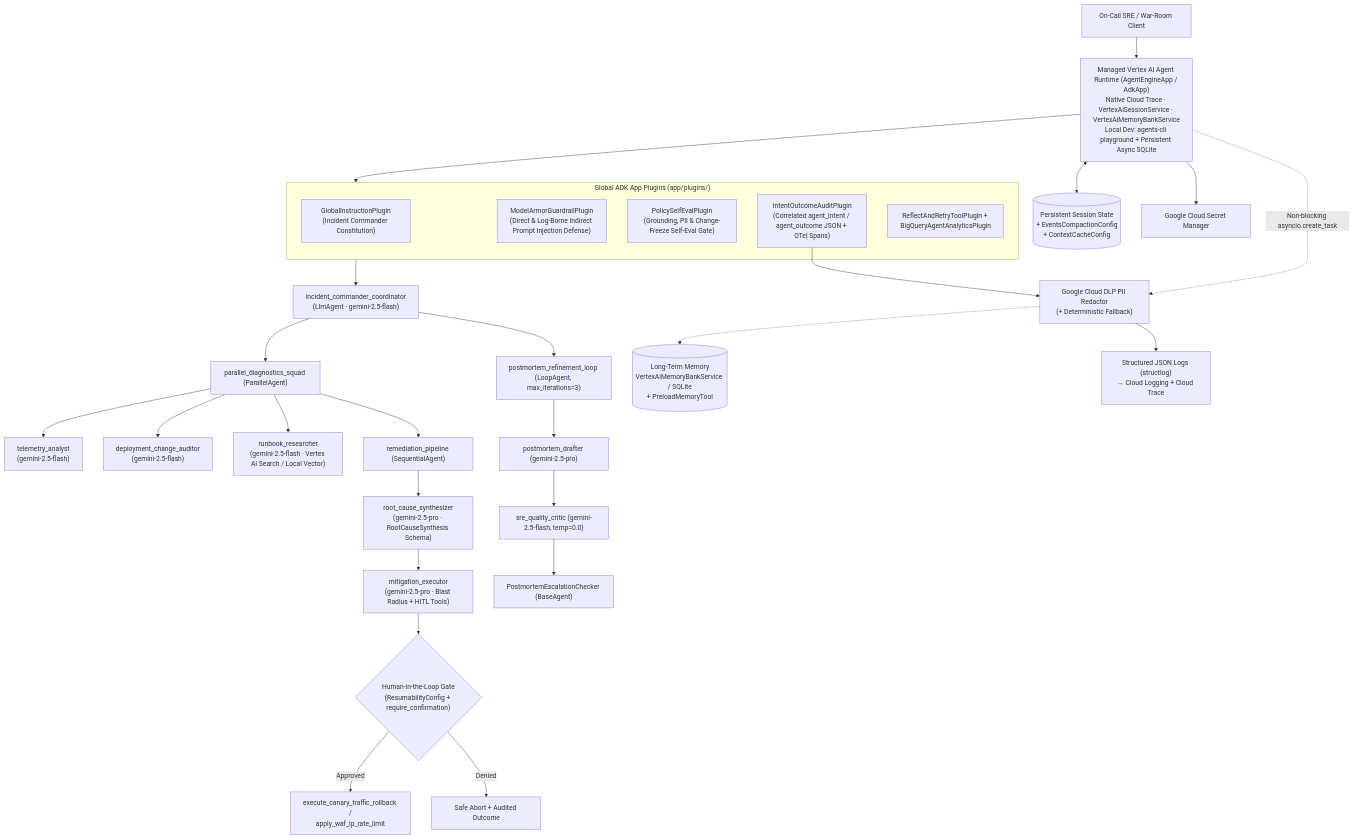
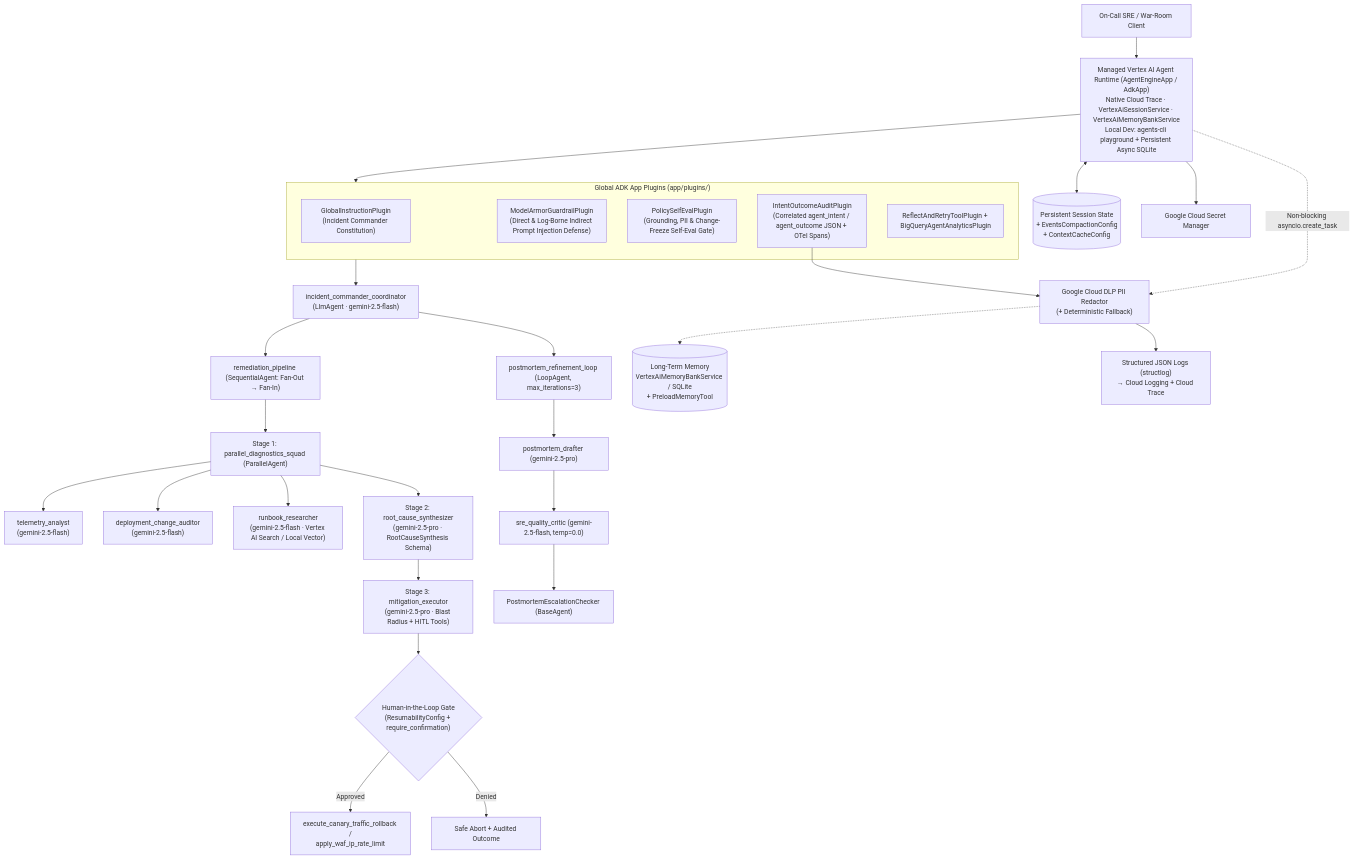
The diagram in README.md (sania-d/aegis-ops-agent), drawn with Mermaid before and after one commit. The commit also changed other lines of this file and 5 other files, not shown here.

Commit message:
Upgrade to fan-out/fan-in pipeline and FunctionTool wrappers from eval flywheel

````diff
--- a/README.md
+++ b/README.md
@@ -12,40 +12,40 @@
 ```mermaid
 flowchart TD
     User["On-Call SRE / War-Room Client"] --> Runtime["Managed Vertex AI Agent Runtime (AgentEngineApp / AdkApp)\nNative Cloud Trace · VertexAiSessionService · VertexAiMemoryBankService\nLocal Dev: agents-cli playground + Persistent Async SQLite"]
 
     subgraph GlobalPlugins["Global ADK App Plugins (app/plugins/)"]
         P1["GlobalInstructionPlugin\n(Incident Commander Constitution)"]
         P2["ModelArmorGuardrailPlugin\n(Direct & Log-Borne Indirect Prompt Injection Defense)"]
         P3["PolicySelfEvalPlugin\n(Grounding, PII & Change-Freeze Self-Eval Gate)"]
         P4["IntentOutcomeAuditPlugin\n(Correlated agent_intent / agent_outcome JSON + OTel Spans)"]
         P5["ReflectAndRetryToolPlugin + BigQueryAgentAnalyticsPlugin"]
     end
 
     Runtime --> GlobalPlugins
     GlobalPlugins --> Coord["incident_commander_coordinator\n(LlmAgent · gemini-2.5-flash)"]
 
-    Coord --> Par["parallel_diagnostics_squad (ParallelAgent)"]
+    Coord --> Seq["remediation_pipeline (SequentialAgent: Fan-Out → Fan-In)"]
+    Seq --> Par["Stage 1: parallel_diagnostics_squad (ParallelAgent)"]
     Par --> A1["telemetry_analyst\n(gemini-2.5-flash)"]
     Par --> A2["deployment_change_auditor\n(gemini-2.5-flash)"]
     Par --> A3["runbook_researcher\n(gemini-2.5-flash · Vertex AI Search / Local Vector)"]
 
-    Par --> Seq["remediation_pipeline (SequentialAgent)"]
-    Seq --> B1["root_cause_synthesizer\n(gemini-2.5-pro · RootCauseSynthesis Schema)"]
-    B1 --> B2["mitigation_executor\n(gemini-2.5-pro · Blast Radius + HITL Tools)"]
+    Par --> B1["Stage 2: root_cause_synthesizer\n(gemini-2.5-pro · RootCauseSynthesis Schema)"]
+    B1 --> B2["Stage 3: mitigation_executor\n(gemini-2.5-pro · Blast Radius + HITL Tools)"]
 
     B2 --> HITL{"Human-in-the-Loop Gate\n(ResumabilityConfig + require_confirmation)"}
     HITL -->|Approved| Mut["execute_canary_traffic_rollback /\napply_waf_ip_rate_limit"]
     HITL -->|Denied| SafeStop["Safe Abort + Audited Outcome"]
 
     Coord --> Loop["postmortem_refinement_loop (LoopAgent, max_iterations=3)"]
     Loop --> C1["postmortem_drafter (gemini-2.5-pro)"]
     C1 --> C2["sre_quality_critic (gemini-2.5-flash, temp=0.0)"]
     C2 --> C3["PostmortemEscalationChecker (BaseAgent)"]
 
     Runtime <--> Sessions[("Persistent Session State\n+ EventsCompactionConfig\n+ ContextCacheConfig")]
     Runtime -.->|Non-blocking asyncio.create_task| DLP["Google Cloud DLP PII Redactor\n(+ Deterministic Fallback)"]
     DLP -.-> Mem[("Long-Term Memory\nVertexAiMemoryBankService / SQLite\n+ PreloadMemoryTool")]
     P4 --> DLP
     DLP --> Logs["Structured JSON Logs (structlog)\n→ Cloud Logging + Cloud Trace"]
     Runtime --> Secrets["Google Cloud Secret Manager"]
 ```
````
